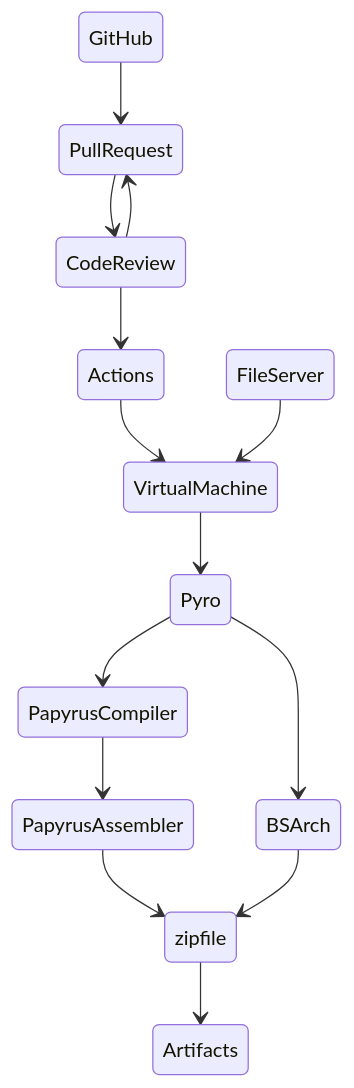
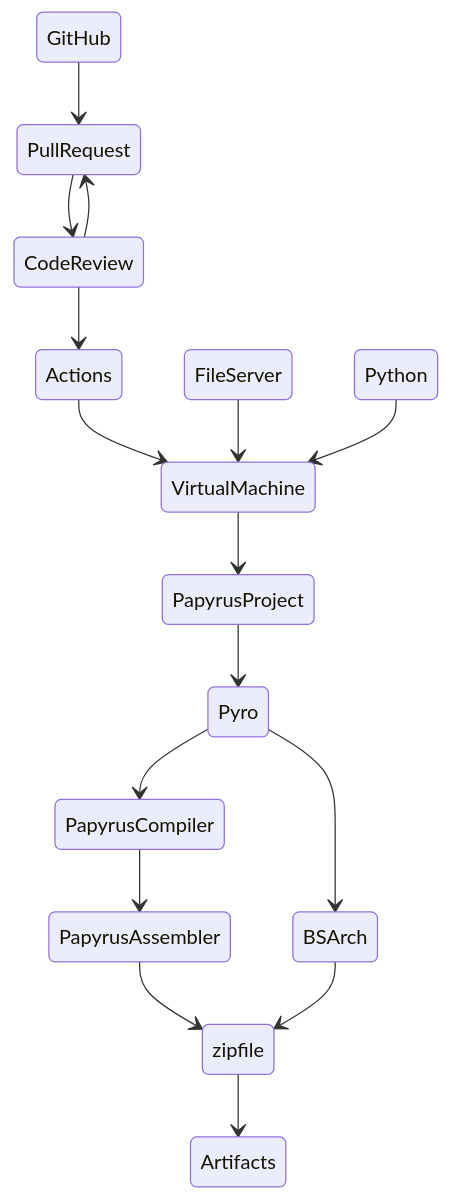
One commit to fireundubh/playwithfire changed the second of 2 diagrams in pyro/workflows.md. Above: the diagram before and after it, drawn with Mermaid. The commit also changed other lines of this file, not shown here.

Commit message:
docs: update pyro/workflows

````diff
--- a/pyro/workflows.md
+++ b/pyro/workflows.md
@@ -20,16 +48,18 @@
 ```mermaid
 stateDiagram
 	GitHub --> PullRequest
 	PullRequest --> CodeReview
 	CodeReview --> PullRequest
 	CodeReview --> Actions
   Actions --> VirtualMachine
   FileServer --> VirtualMachine
-  VirtualMachine --> Pyro
+  Python --> VirtualMachine
+  VirtualMachine --> PapyrusProject
+  PapyrusProject --> Pyro
 	Pyro --> PapyrusCompiler
   PapyrusCompiler --> PapyrusAssembler
   Pyro --> BSArch
   PapyrusAssembler --> zipfile
   BSArch --> zipfile
   zipfile --> Artifacts
 ```
````
